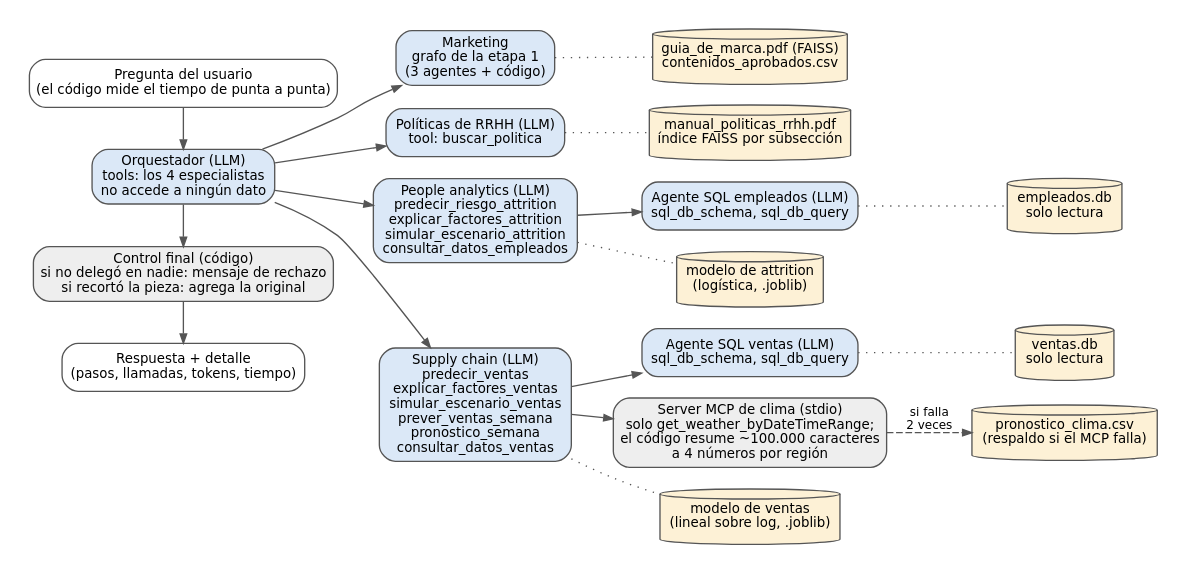
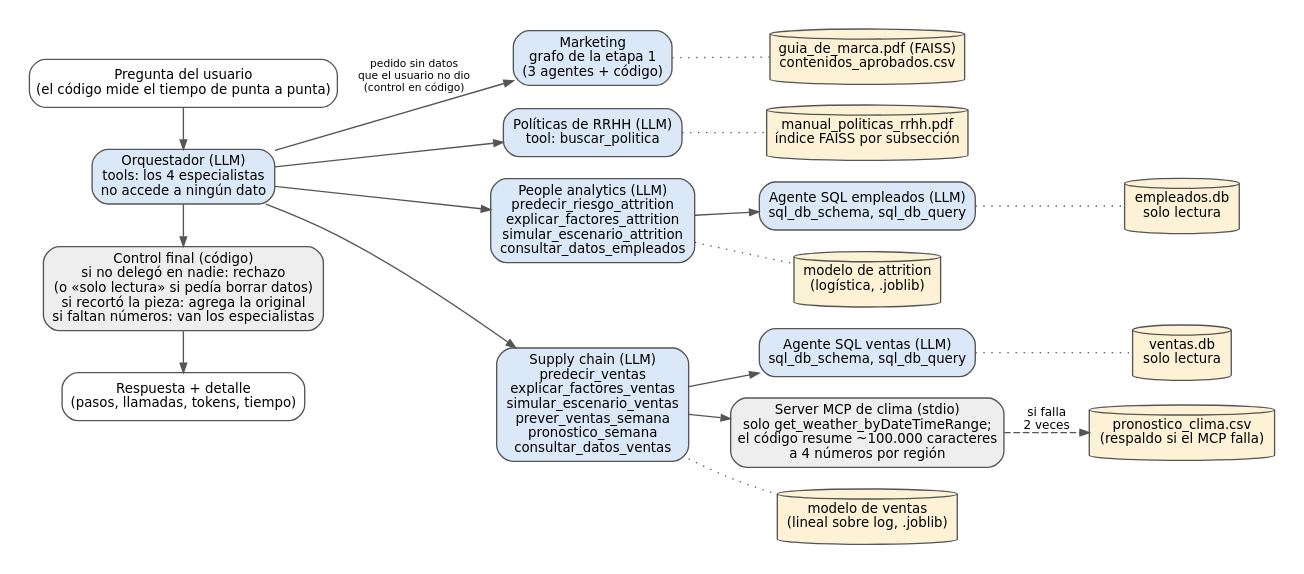
The diagram in informe/diagramas/etapa2.dot (emich95/hornero), drawn with Graphviz before and after one commit. The commit also changed 12 other files, not shown here.

```diff
--- a/informe/diagramas/etapa2.dot
+++ b/informe/diagramas/etapa2.dot
@@ -1,48 +1,48 @@
 digraph etapa2 {
   graph [rankdir=LR, fontname="DejaVu Sans", fontsize=11, nodesep=0.22, ranksep=0.35, bgcolor="white", pad=0.2, newrank=true];
   node  [fontname="DejaVu Sans", fontsize=10, style="rounded,filled", shape=box, color="#555555", penwidth=1];
   edge  [fontname="DejaVu Sans", fontsize=9, color="#555555", arrowsize=0.7];
 
   preg  [label="Pregunta del usuario\n(el código mide el tiempo de punta a punta)", fillcolor="#ffffff", style="rounded"];
   orq   [label="Orquestador (LLM)\ntools: los 4 especialistas\nno accede a ningún dato", fillcolor="#dbe8f7"];
-  cierre [label="Control final (código)\nsi no delegó en nadie: mensaje de rechazo\nsi recortó la pieza: agrega la original", fillcolor="#eeeeee"];
+  cierre [label="Control final (código)\nsi no delegó en nadie: rechazo\n(o «solo lectura» si pedía borrar datos)\nsi recortó la pieza: agrega la original\nsi faltan números: van los especialistas", fillcolor="#eeeeee"];
   resp  [label="Respuesta + detalle\n(pasos, llamadas, tokens, tiempo)", fillcolor="#ffffff", style="rounded"];
 
   mkt   [label="Marketing\ngrafo de la etapa 1\n(3 agentes + código)", fillcolor="#dbe8f7"];
   pol   [label="Políticas de RRHH (LLM)\ntool: buscar_politica", fillcolor="#dbe8f7"];
   ppl   [label="People analytics (LLM)\npredecir_riesgo_attrition\nexplicar_factores_attrition\nsimular_escenario_attrition\nconsultar_datos_empleados", fillcolor="#dbe8f7"];
   sup   [label="Supply chain (LLM)\npredecir_ventas\nexplicar_factores_ventas\nsimular_escenario_ventas\nprever_ventas_semana\npronostico_semana\nconsultar_datos_ventas", fillcolor="#dbe8f7"];
 
   sqle  [label="Agente SQL empleados (LLM)\nsql_db_schema, sql_db_query", fillcolor="#dbe8f7"];
   sqlv  [label="Agente SQL ventas (LLM)\nsql_db_schema, sql_db_query", fillcolor="#dbe8f7"];
   mcp   [label="Server MCP de clima (stdio)\nsolo get_weather_byDateTimeRange;\nel código resume ~100.000 caracteres\na 4 números por región", fillcolor="#eeeeee"];
 
   dmkt  [label="guia_de_marca.pdf (FAISS)\ncontenidos_aprobados.csv", shape=cylinder, style="filled", fillcolor="#fdf1d6"];
   dpol  [label="manual_politicas_rrhh.pdf\níndice FAISS por subsección", shape=cylinder, style="filled", fillcolor="#fdf1d6"];
   matt  [label="modelo de attrition\n(logística, .joblib)", shape=cylinder, style="filled", fillcolor="#fdf1d6"];
   demp  [label="empleados.db\nsolo lectura", shape=cylinder, style="filled", fillcolor="#fdf1d6"];
   mven  [label="modelo de ventas\n(lineal sobre log, .joblib)", shape=cylinder, style="filled", fillcolor="#fdf1d6"];
   dven  [label="ventas.db\nsolo lectura", shape=cylinder, style="filled", fillcolor="#fdf1d6"];
   dcsv  [label="pronostico_clima.csv\n(respaldo si el MCP falla)", shape=cylinder, style="filled", fillcolor="#fdf1d6"];
 
   preg -> orq;
-  orq -> mkt;
+  orq -> mkt [label=" pedido sin datos\n que el usuario no dio\n (control en código)", fontsize=8];
   orq -> pol;
   orq -> ppl;
   orq -> sup;
   orq -> cierre;
   cierre -> resp;
 
   mkt -> dmkt [style=dotted, arrowhead=none];
   pol -> dpol [style=dotted, arrowhead=none];
   ppl -> sqle; ppl -> matt [style=dotted, arrowhead=none];
   sqle -> demp [style=dotted, arrowhead=none];
   sup -> sqlv; sup -> mcp; sup -> mven [style=dotted, arrowhead=none];
   sqlv -> dven [style=dotted, arrowhead=none];
   mcp -> dcsv [style=dashed, label=" si falla\n 2 veces"];
 
   {rank=same; preg; orq; cierre; resp}
   {rank=same; mkt; pol; ppl; sup}
   {rank=same; dmkt; dpol; sqle; matt; sqlv; mcp; mven}
   {rank=same; demp; dven; dcsv}
 }
```
